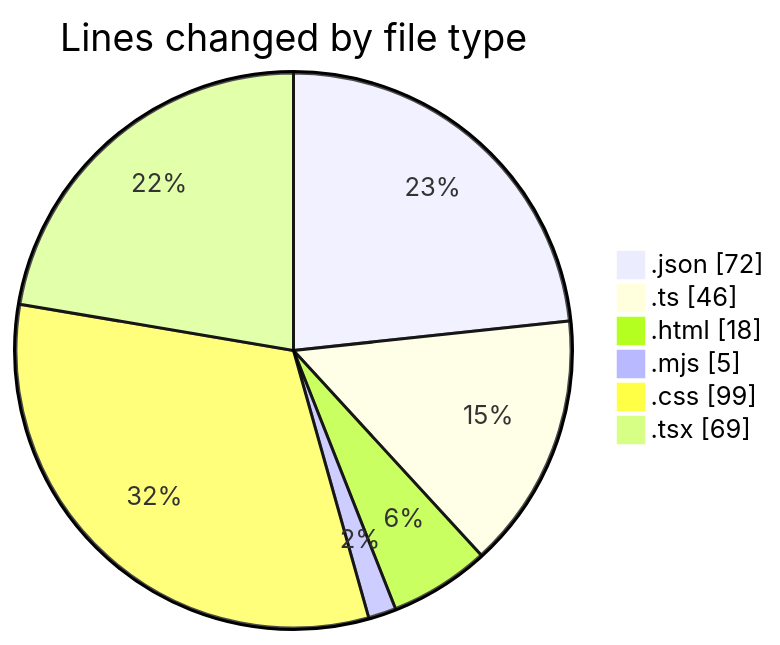
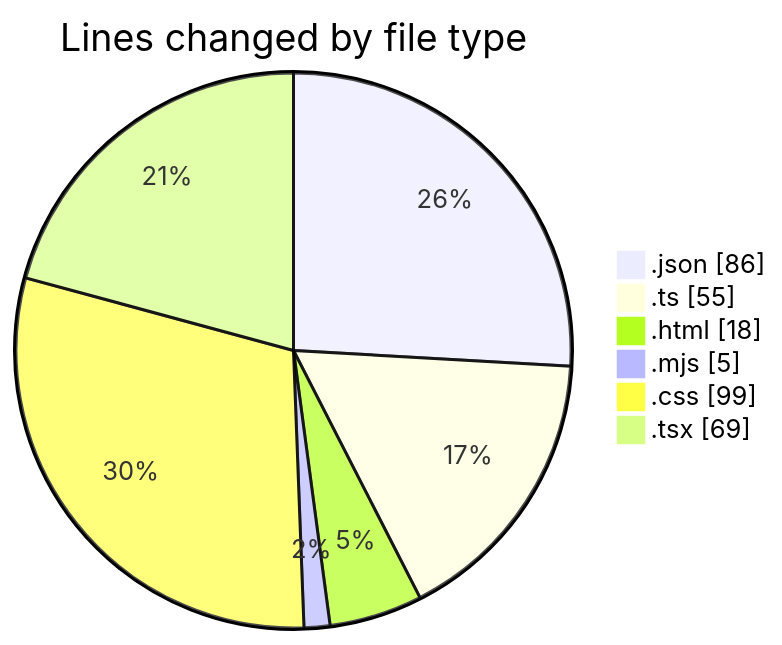
One commit to robertbonfada/code-tracking changed the first of 2 diagrams in 2025-02-26/area-formacao-web/README.md. Above: the diagram before and after it, drawn with Mermaid. The commit also changed other lines of this file and 1 other file, not shown here.

````diff
--- a/2025-02-26/area-formacao-web/README.md
+++ b/2025-02-26/area-formacao-web/README.md
@@ -30,10 +30,10 @@
 ```mermaid
 pie showData
 title Lines changed by file type
-".json" : 72
-".ts" : 46
+".json" : 86
+".ts" : 55
 ".html" : 18
 ".mjs" : 5
 ".css" : 99
 ".tsx" : 69
 ```
````
